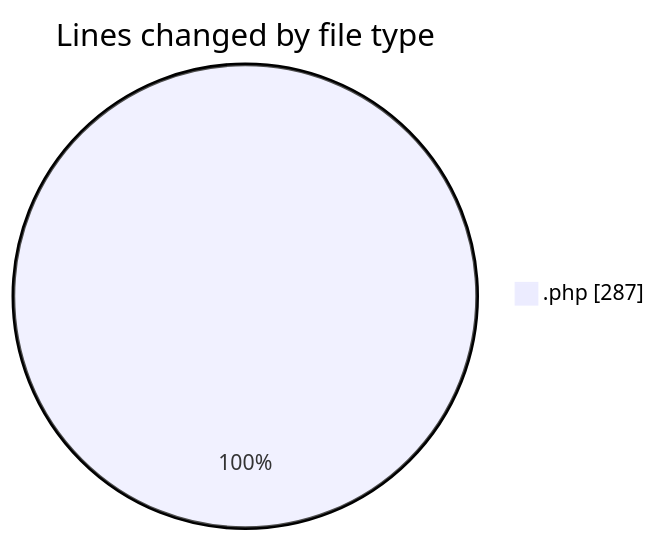
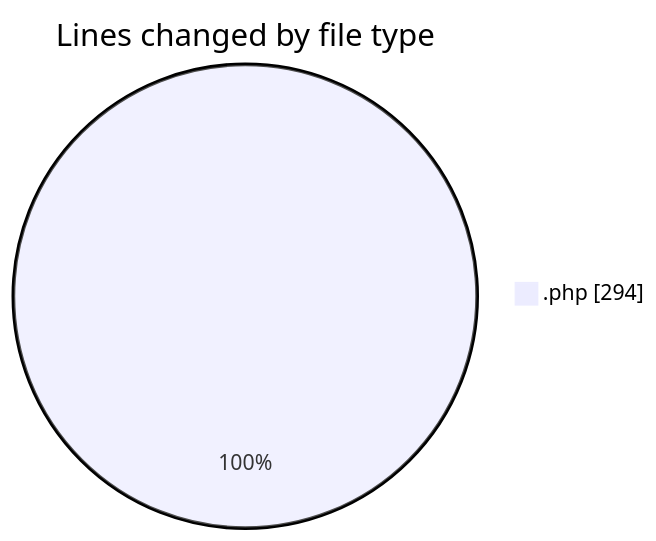
One commit to LanceThiago/code-tracking changed the first of 2 diagrams in 2026-10-20/memoria/README.md. Above: the diagram before and after it, drawn with Mermaid. The commit also changed other lines of this file and 1 other file, not shown here.

````diff
--- a/2026-10-20/memoria/README.md
+++ b/2026-10-20/memoria/README.md
@@ -20,5 +20,5 @@
 ```mermaid
 pie showData
 title Lines changed by file type
-".php" : 287
+".php" : 294
 ```
````
